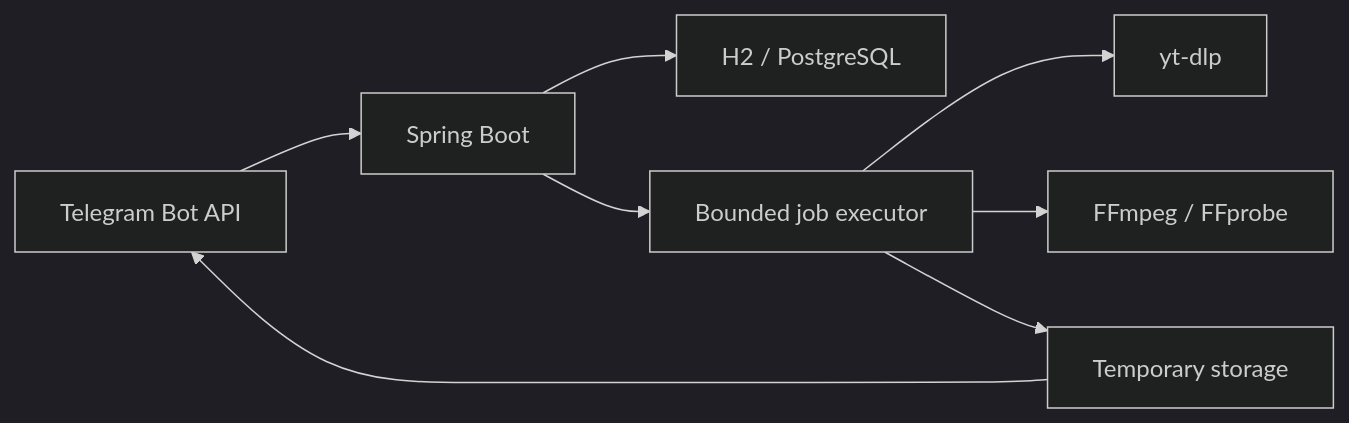
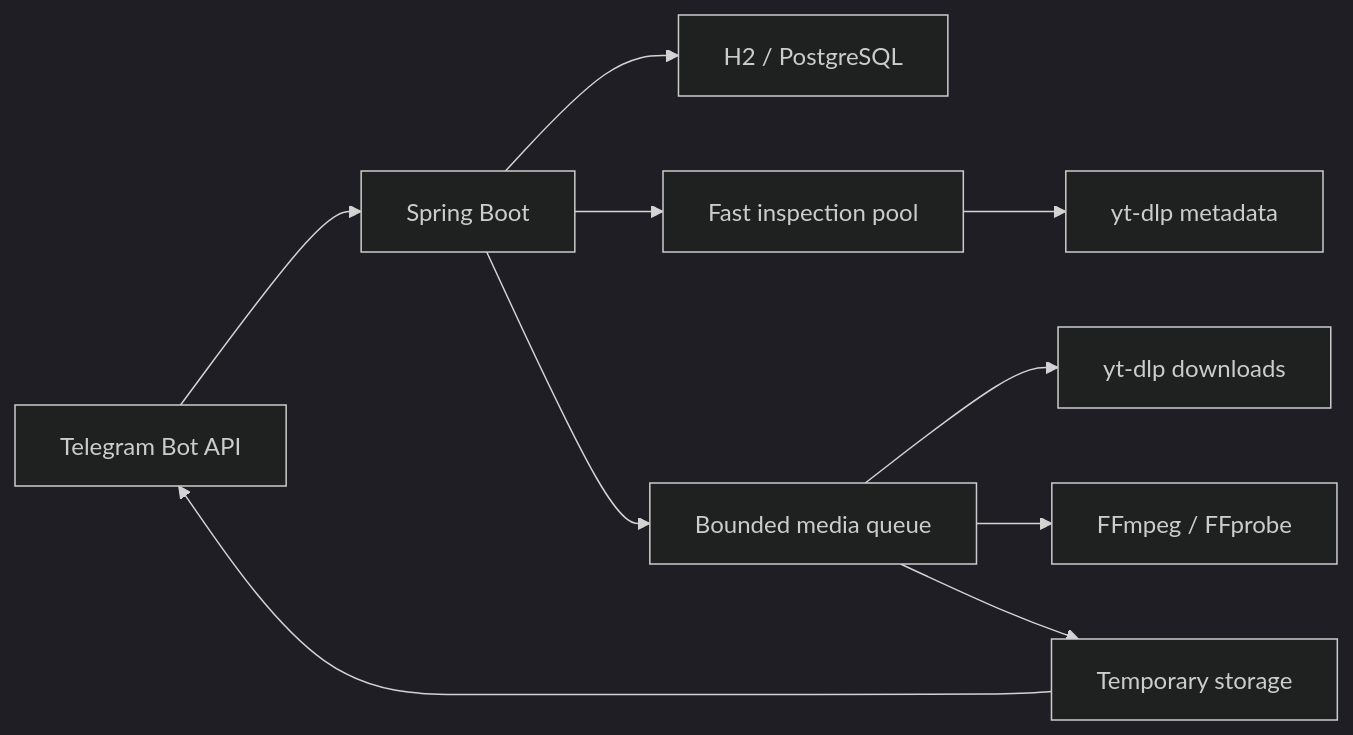
One commit to aminov-nurmuhammad/TubeForge-Bot changed the second of 2 diagrams in README.md. Above: the diagram before and after it, drawn with Mermaid (dark theme). The commit also changed other lines of this file and 40 other files, not shown here.

````diff
--- a/README.md
+++ b/README.md
@@ -180,10 +226,12 @@
 ```mermaid
 flowchart LR
     TG["Telegram Bot API"] --> APP["Spring Boot"]
     APP --> DB["H2 / PostgreSQL"]
-    APP --> Q["Bounded job executor"]
-    Q --> YT["yt-dlp"]
+    APP --> IQ["Fast inspection pool"]
+    APP --> Q["Bounded media queue"]
+    IQ --> YTM["yt-dlp metadata"]
+    Q --> YTD["yt-dlp downloads"]
     Q --> FF["FFmpeg / FFprobe"]
     Q --> FS["Temporary storage"]
     FS --> TG
 ```
````
